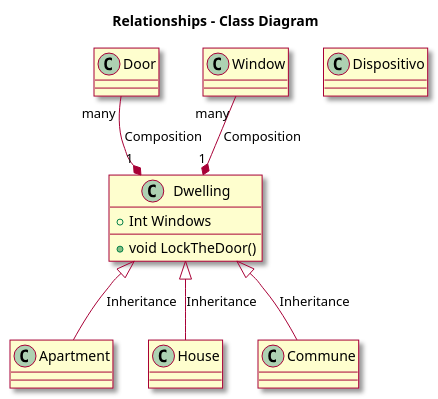
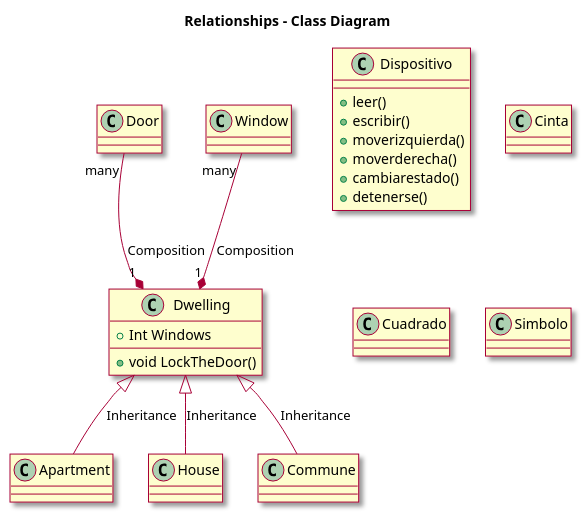
Before and after one commit to Joselon/joselon.github.io: the diagram in PracticasMaster/01_Modelado_O/UML/turing.puml, drawn with PlantUML.

Commit message:
Actualizar turing.puml

```diff
--- a/PracticasMaster/01_Modelado_O/UML/turing.puml
+++ b/PracticasMaster/01_Modelado_O/UML/turing.puml
@@ -1,28 +1,39 @@
 @startuml turing
 
-class Dispositivo{}
+class Dispositivo{
+ + leer()
+ + escribir()
+ + moverizquierda()
+ + moverderecha()
+ + cambiarestado()
+ + detenerse()
+}
+class Cinta
+class Cuadrado
+class Simbolo
+
 
 
 skin rose
 
 title Relationships - Class Diagram
 
 
 class Dwelling {
   +Int Windows
   +void LockTheDoor()
 }
 
 class Apartment
 class House
 class Commune
 class Window
 class Door
 
 Dwelling <|-down- Apartment: Inheritance
 Dwelling <|-down- Commune: Inheritance
 Dwelling <|-down- House: Inheritance
 Dwelling "1" *-up- "many" Window: Composition
 Dwelling "1" *-up- "many" Door: Composition
 
 @end
```
